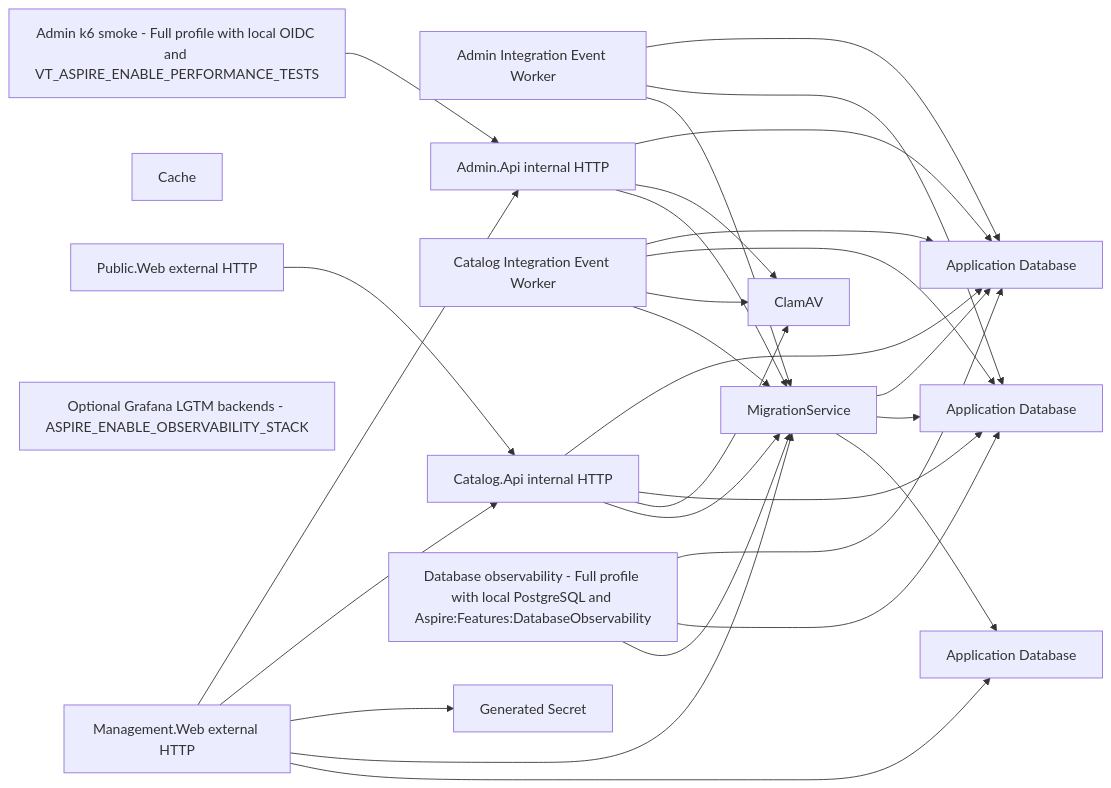
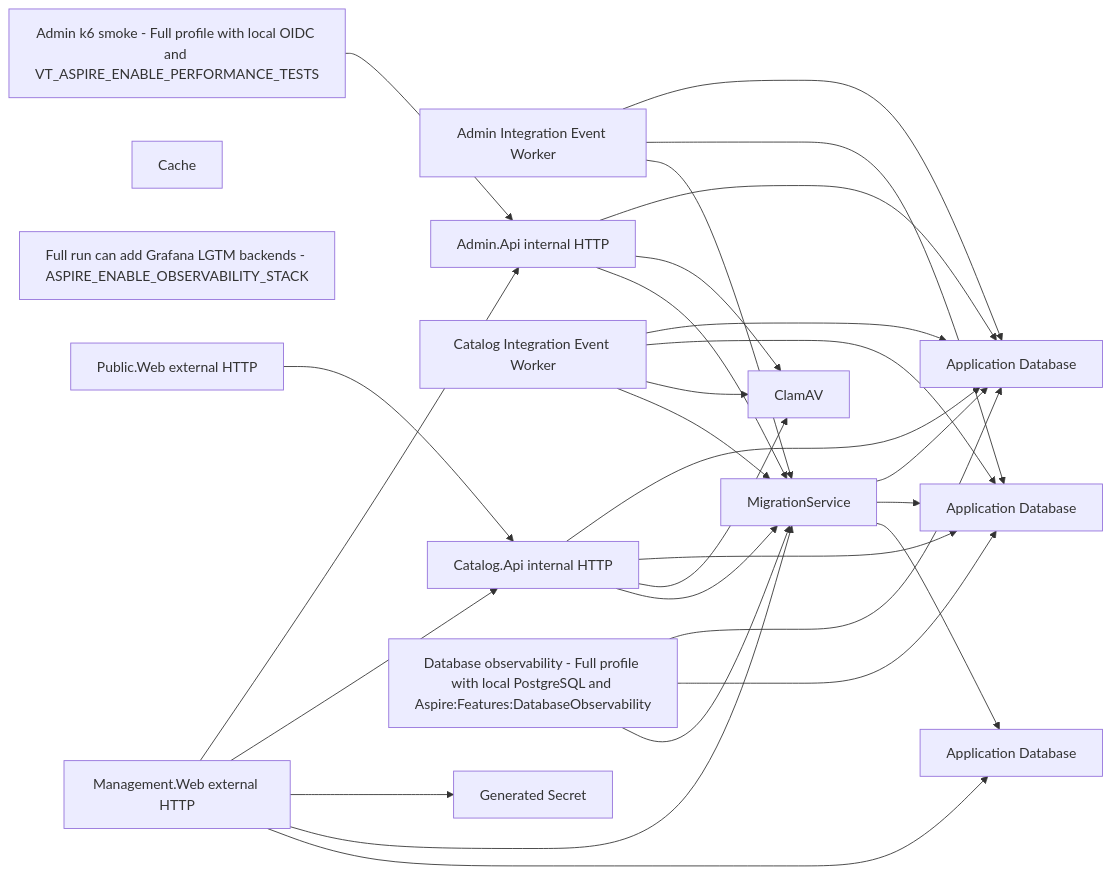
The first of 2 diagrams in docs/architecture/runtime-wiring-and-deployment.md (danigutsch/ViajantesTurismo), drawn with Mermaid before and after one commit. The commit also changed other lines of this file and 12 other files, not shown here.

````diff
--- a/docs/architecture/runtime-wiring-and-deployment.md
+++ b/docs/architecture/runtime-wiring-and-deployment.md
@@ -23,46 +24,46 @@
 ```mermaid
 flowchart LR
     AdminIntegrationEventWorker[Admin Integration Event Worker]
     AdminPerformanceSmoke[Admin k6 smoke - Full profile with local OIDC and VT_ASPIRE_ENABLE_PERFORMANCE_TESTS]
     adminApi[Admin.Api internal HTTP]
     adminDatabase[Application Database]
     catalogDatabase[Application Database]
     securityDatabase[Application Database]
     Cache[Cache]
     CatalogIntegrationEventWorker[Catalog Integration Event Worker]
     catalogApi[Catalog.Api internal HTTP]
     clamAv[ClamAV]
     DatabaseObservability[Database observability - Full profile with local PostgreSQL and Aspire:Features:DatabaseObservability]
+    ObservabilityStack[Full run can add Grafana LGTM backends - ASPIRE_ENABLE_OBSERVABILITY_STACK]
     managementWebClientSecret[Generated Secret]
     ManagementWeb[Management.Web external HTTP]
     migrationService[MigrationService]
-    ObservabilityStack[Optional Grafana LGTM backends - ASPIRE_ENABLE_OBSERVABILITY_STACK]
     PublicWeb[Public.Web external HTTP]
     AdminIntegrationEventWorker --> adminDatabase
     AdminIntegrationEventWorker --> catalogDatabase
     AdminIntegrationEventWorker --> migrationService
     AdminPerformanceSmoke --> adminApi
     CatalogIntegrationEventWorker --> adminDatabase
     CatalogIntegrationEventWorker --> catalogDatabase
     CatalogIntegrationEventWorker --> clamAv
     CatalogIntegrationEventWorker --> migrationService
     DatabaseObservability --> adminDatabase
     DatabaseObservability --> catalogDatabase
     DatabaseObservability --> migrationService
     ManagementWeb --> adminApi
     ManagementWeb --> catalogApi
     ManagementWeb --> managementWebClientSecret
     ManagementWeb --> migrationService
     ManagementWeb --> securityDatabase
     PublicWeb --> catalogApi
     adminApi --> adminDatabase
     adminApi --> clamAv
     adminApi --> migrationService
     catalogApi --> adminDatabase
     catalogApi --> catalogDatabase
     catalogApi --> clamAv
     catalogApi --> migrationService
     migrationService --> adminDatabase
     migrationService --> catalogDatabase
     migrationService --> securityDatabase
 ```
````
